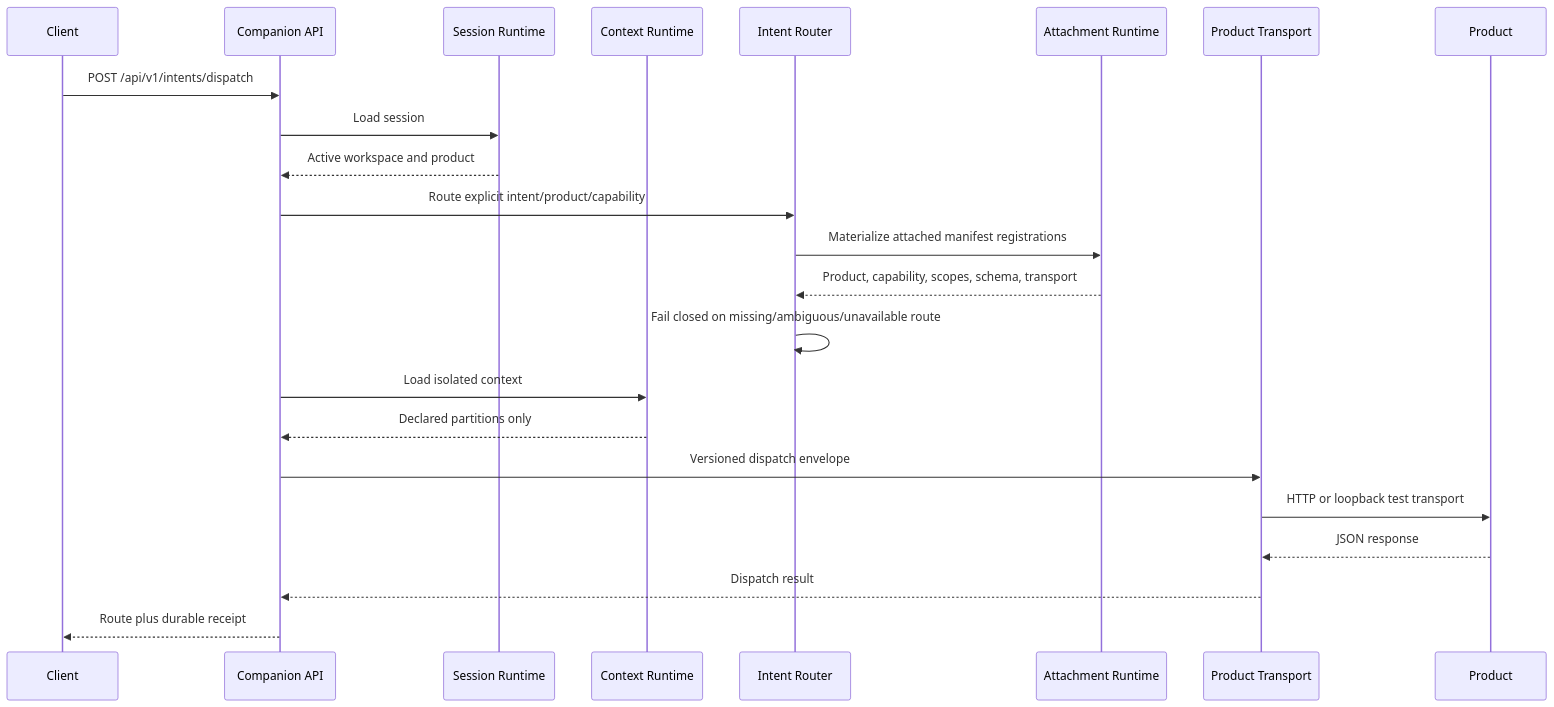
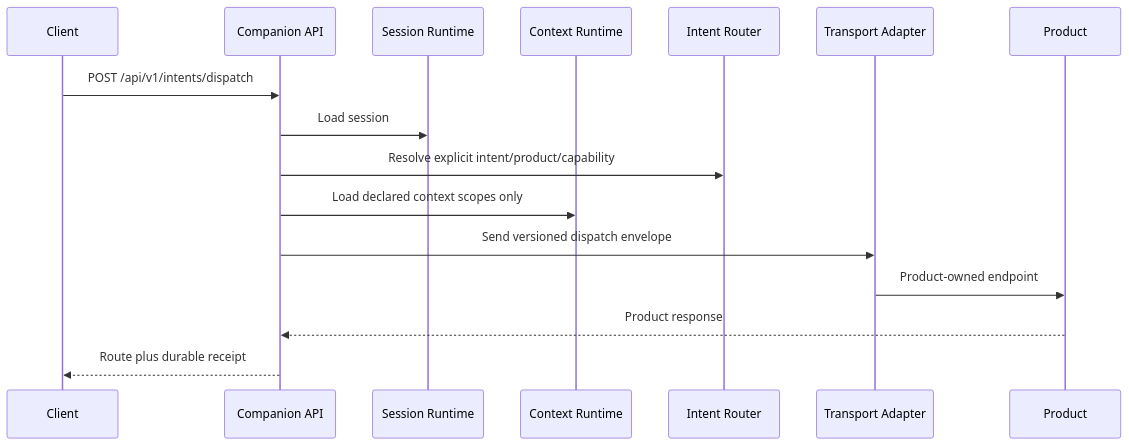
Before and after one commit to great1239/mitra-final-phase: the first of 3 diagrams in docs/EXECUTION_FLOW.md, drawn with Mermaid. The commit also changed other lines of this file and 15 other files, not shown here.

````diff
--- a/docs/EXECUTION_FLOW.md
+++ b/docs/EXECUTION_FLOW.md
@@ -5,26 +5,19 @@
 ```mermaid
 sequenceDiagram
   participant C as Client
   participant API as Companion API
   participant S as Session Runtime
   participant X as Context Runtime
   participant R as Intent Router
-  participant A as Attachment Runtime
-  participant T as Product Transport
+  participant T as Transport Adapter
   participant P as Product
 
   C->>API: POST /api/v1/intents/dispatch
   API->>S: Load session
-  S-->>API: Active workspace and product
-  API->>R: Route explicit intent/product/capability
-  R->>A: Materialize attached manifest registrations
-  A-->>R: Product, capability, scopes, schema, transport
-  R->>R: Fail closed on missing/ambiguous/unavailable route
-  API->>X: Load isolated context
-  X-->>API: Declared partitions only
-  API->>T: Versioned dispatch envelope
-  T->>P: HTTP or loopback test transport
-  P-->>T: JSON response
-  T-->>API: Dispatch result
+  API->>R: Resolve explicit intent/product/capability
+  API->>X: Load declared context scopes only
+  API->>T: Send versioned dispatch envelope
+  T->>P: Product-owned endpoint
+  P-->>API: Product response
   API-->>C: Route plus durable receipt
 ```
````
